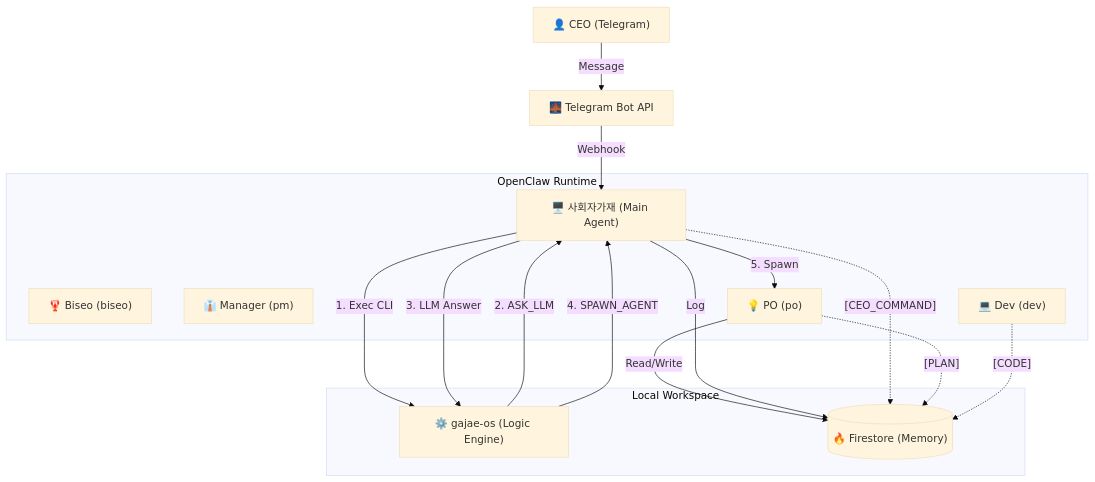
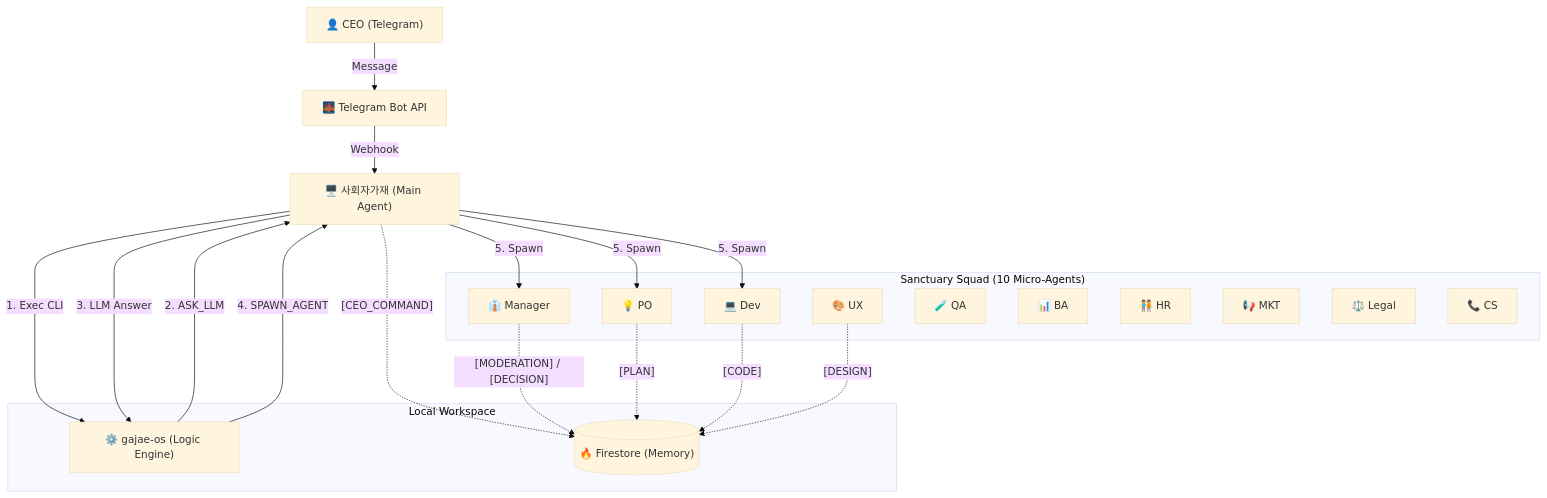
Before and after one commit to KyleL22/yuna-openclaw: the first of 2 diagrams in docs/core/process/SYSTEM_DESIGN_V1_0.md, drawn with Mermaid (base theme). The commit also changed other lines of this file and 1 other file, not shown here.

Commit message:
Docs: Finalize System Design v15.1 (Rename Biseo to Main/Host, Reflect Arch Change)

````diff
--- a/docs/core/process/SYSTEM_DESIGN_V1_0.md
+++ b/docs/core/process/SYSTEM_DESIGN_V1_0.md
@@ -13,32 +13,38 @@
 ```mermaid
 graph TD
     User["👤 CEO (Telegram)"] -->|Message| Bridge["🌉 Telegram Bot API"]
     Bridge -->|Webhook| Main["🖥️ 사회자가재 (Main Agent)"]
     
     subgraph "Local Workspace"
         CLI["⚙️ gajae-os (Logic Engine)"]
         DB[("🔥 Firestore (Memory)")]
     end
     
-    subgraph "OpenClaw Runtime"
-        Main
-        Biseo["🦞 Biseo (biseo)"]
-        PM["👔 Manager (pm)"]
-        PO["💡 PO (po)"]
-        DEV["💻 Dev (dev)"]
+    subgraph "Sanctuary Squad (10 Micro-Agents)"
+        PM["👔 Manager"]
+        PO["💡 PO"]
+        DEV["💻 Dev"]
+        UX["🎨 UX"]
+        QA["🧪 QA"]
+        BA["📊 BA"]
+        HR["🧑‍🤝‍🧑 HR"]
+        MKT["📢 MKT"]
+        LEGAL["⚖️ Legal"]
+        CS["📞 CS"]
     end
 
     Main -- "1. Exec CLI" --> CLI
     CLI -- "2. ASK_LLM" --> Main
     Main -- "3. LLM Answer" --> CLI
     CLI -- "4. SPAWN_AGENT" --> Main
+    Main -- "5. Spawn" --> PM
     Main -- "5. Spawn" --> PO
-    
-    PO -- "Read/Write" --> DB
-    Main -- "Log" --> DB
+    Main -- "5. Spawn" --> DEV
     
     %% All agents write to DB
     Main -.->|"[CEO_COMMAND]"| DB
+    PM -.->|"[MODERATION] / [DECISION]"| DB
     PO -.->|"[PLAN]"| DB
     DEV -.->|"[CODE]"| DB
+    UX -.->|"[DESIGN]"| DB
 ```
````
